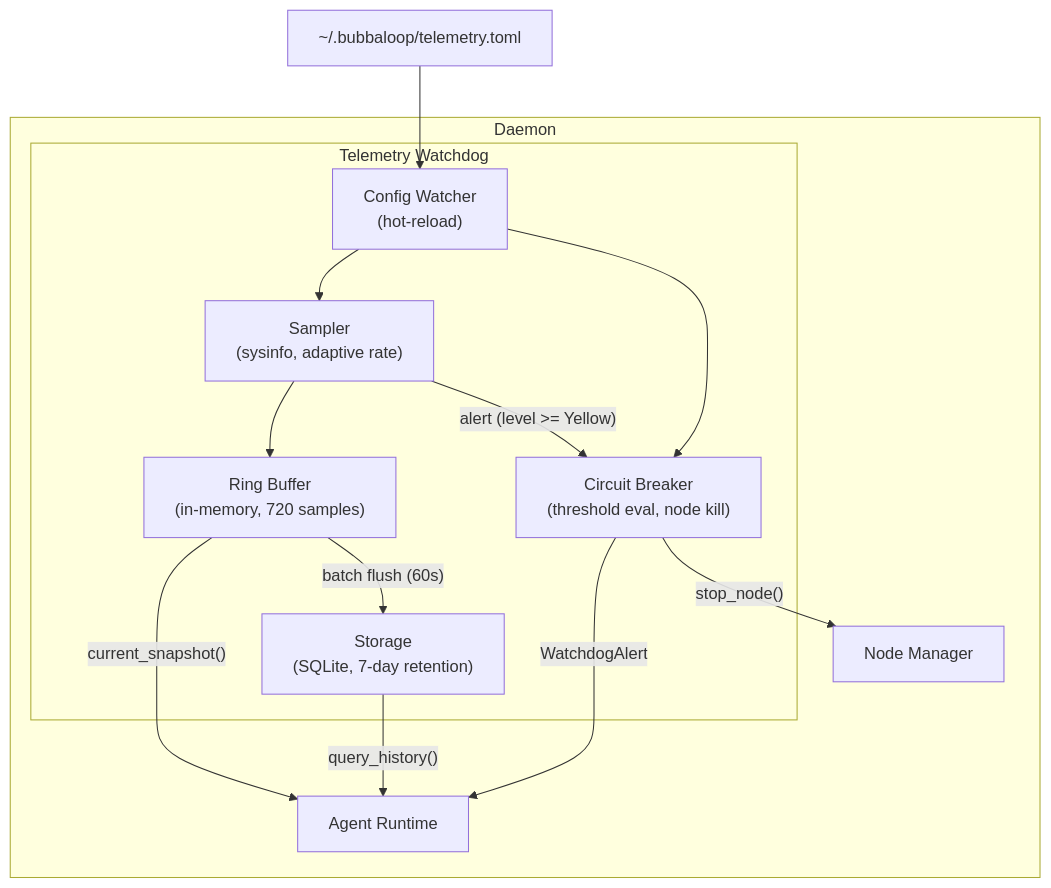
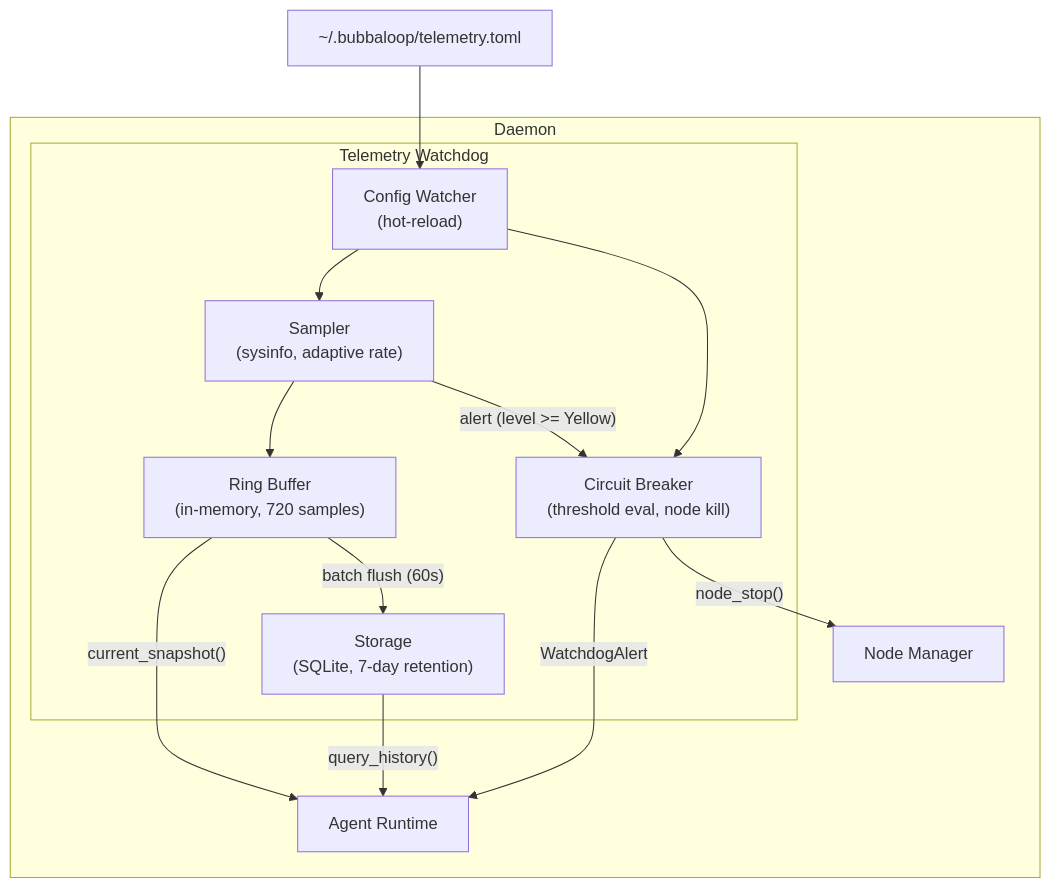
One commit to kornia/bubbaloop changed the third of 3 diagrams in docs/guides/telemetry-watchdog.md. Above: the diagram before and after it, drawn with Mermaid. The commit also changed other lines of this file and 84 other files, not shown here.

````diff
--- a/docs/guides/telemetry-watchdog.md
+++ b/docs/guides/telemetry-watchdog.md
@@ -233,26 +233,26 @@
 ```mermaid
 graph TB
     subgraph Daemon
         subgraph Telemetry["Telemetry Watchdog"]
             Sampler["Sampler\n(sysinfo, adaptive rate)"]
             Ring["Ring Buffer\n(in-memory, 720 samples)"]
             CB["Circuit Breaker\n(threshold eval, node kill)"]
             Store["Storage\n(SQLite, 7-day retention)"]
             Config["Config Watcher\n(hot-reload)"]
         end
 
         NM["Node Manager"]
         AR["Agent Runtime"]
     end
 
     TOML["~/.bubbaloop/telemetry.toml"] --> Config
     Config --> Sampler
     Config --> CB
     Sampler --> Ring
     Sampler -->|"alert (level >= Yellow)"| CB
     Ring -->|"batch flush (60s)"| Store
-    CB -->|"stop_node()"| NM
+    CB -->|"node_stop()"| NM
     CB -->|"WatchdogAlert"| AR
     Store -->|"query_history()"| AR
     Ring -->|"current_snapshot()"| AR
 ```
````
